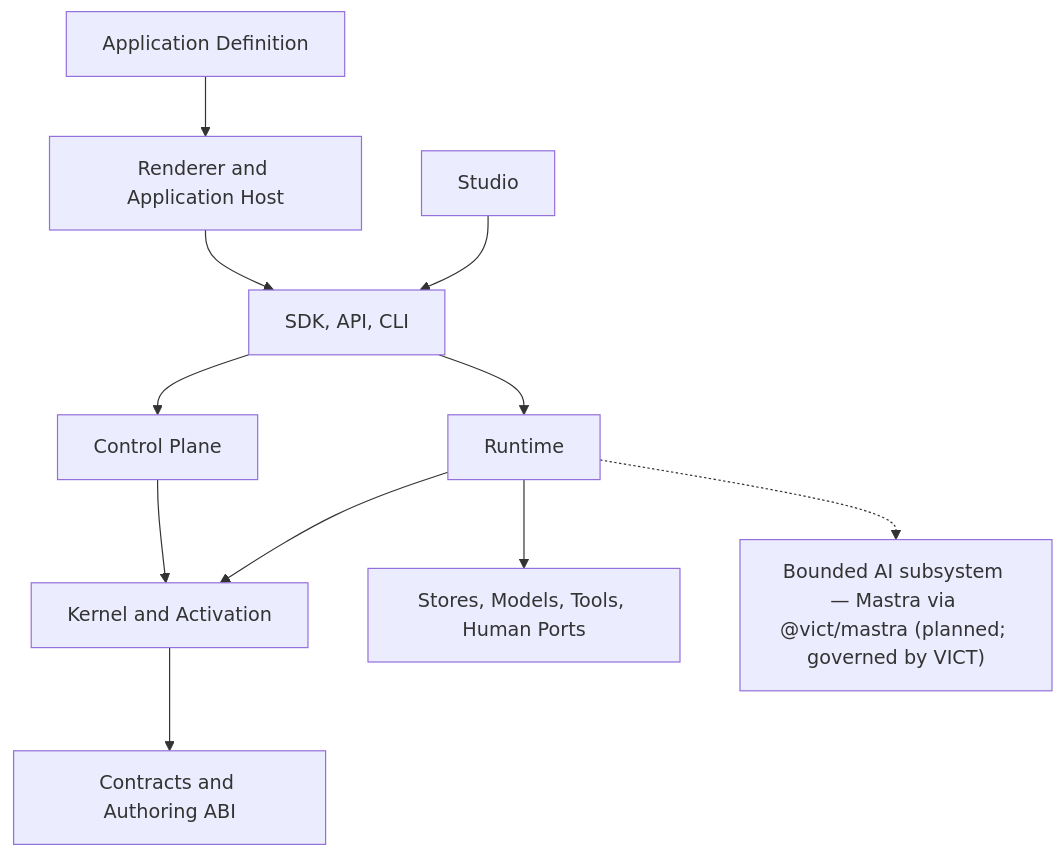
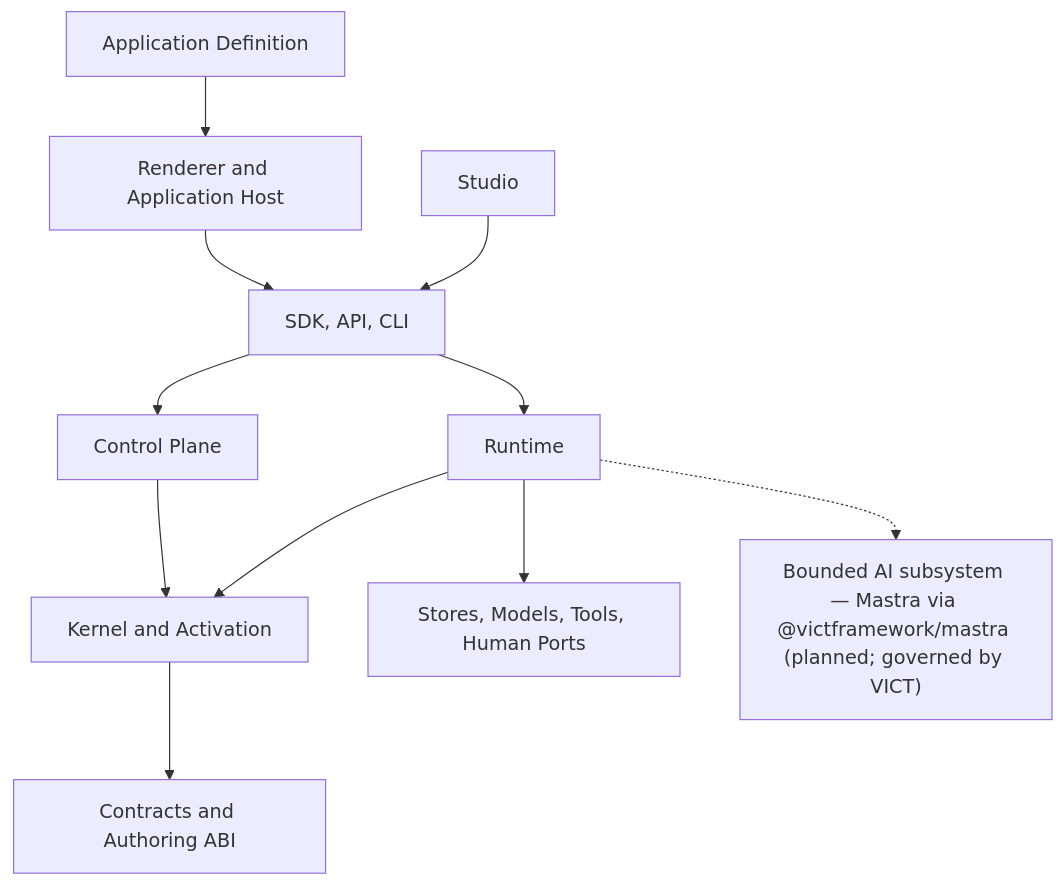
One commit to radz2291/vict-02 changed the first of 7 diagrams in docs/VICT-SYSTEM-REFERENCE.md. Above: the diagram before and after it, drawn with Mermaid. The commit also changed other lines of this file and 11 other files, not shown here.

````diff
--- a/docs/VICT-SYSTEM-REFERENCE.md
+++ b/docs/VICT-SYSTEM-REFERENCE.md
@@ -382,13 +487,13 @@
 ```mermaid
 flowchart TB
     DEF["Application Definition"] --> APP["Renderer and Application Host"]
     APP --> IFACE["SDK, API, CLI"]
     STUDIO["Studio"] --> IFACE
     IFACE --> CONTROL["Control Plane"]
     IFACE --> RUNTIME["Runtime"]
     CONTROL --> KERNEL["Kernel and Activation"]
     RUNTIME --> KERNEL
     KERNEL --> BASE["Contracts and Authoring ABI"]
     RUNTIME --> PORTS["Stores, Models, Tools, Human Ports"]
-    RUNTIME -.-> AI["Bounded AI subsystem — Mastra via @vict/mastra (planned; governed by VICT)"]
+    RUNTIME -.-> AI["Bounded AI subsystem — Mastra via @victframework/mastra (planned; governed by VICT)"]
 ```
````
